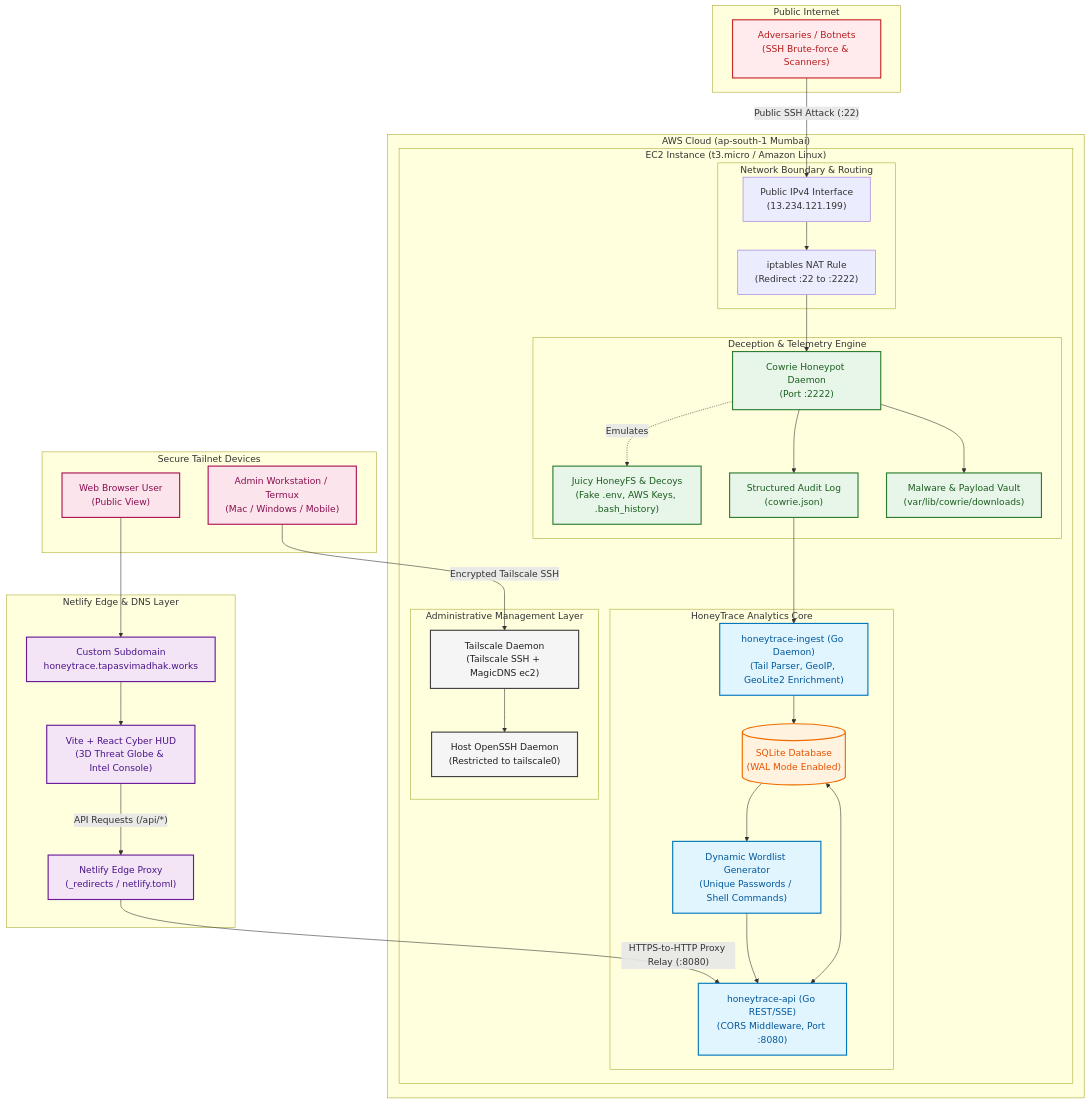
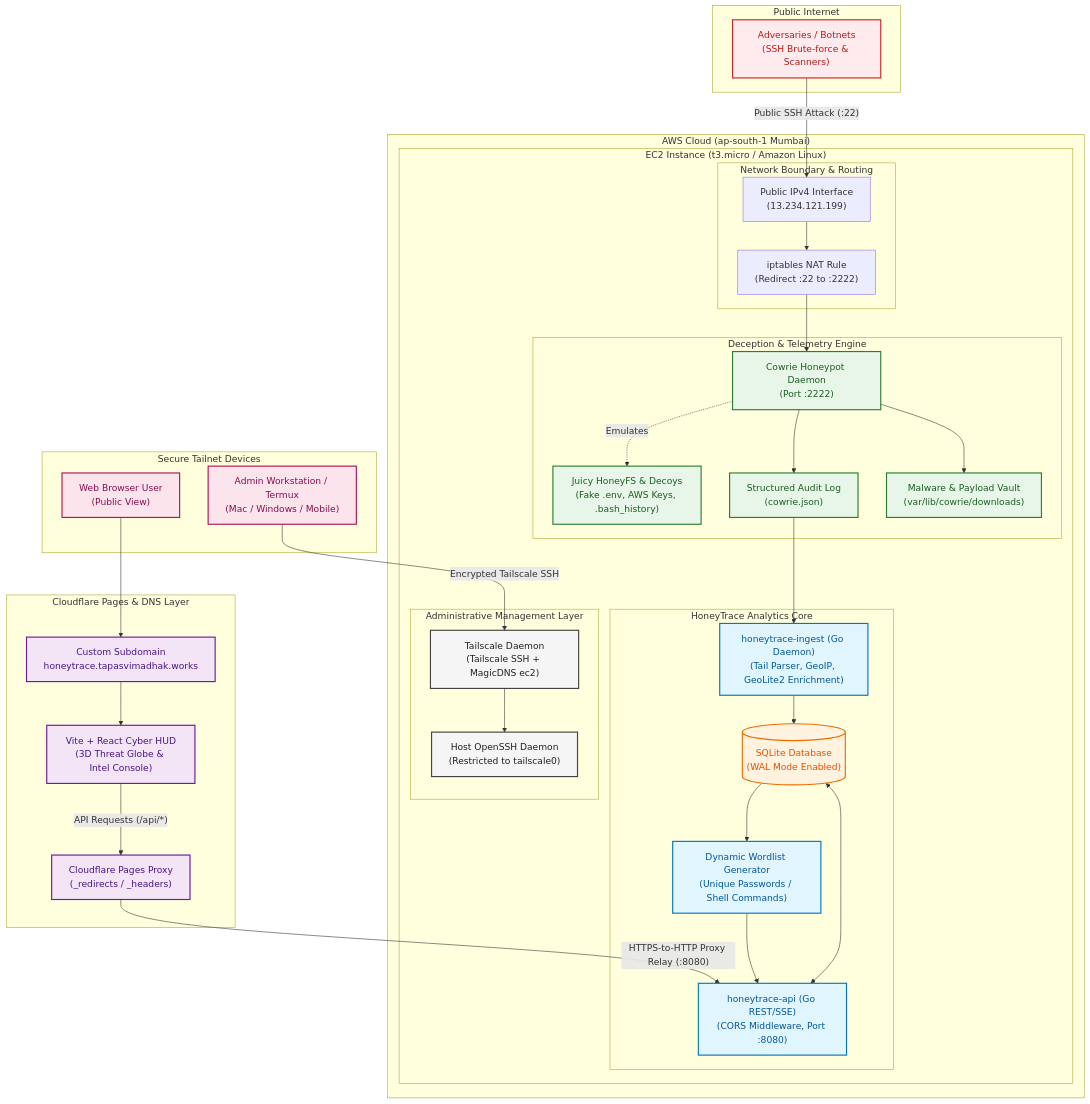
Before and after one commit to TapasviMadhak/HoneyTrace: the diagram in docs/ARCHITECTURE.md, drawn with Mermaid. The commit also changed other lines of this file and 5 other files, not shown here.

First line of the commit message:
chore(deploy): migrate from Netlify to Cloudflare Pages for unlimited free builds and bandwidth

```diff
--- a/docs/ARCHITECTURE.md
+++ b/docs/ARCHITECTURE.md
@@ -13,10 +13,10 @@
  subgraph WAN["Public Internet"]
         A["Adversaries / Botnets<br>(SSH Brute-force &amp; Scanners)"]
   end
- subgraph NETLIFY["Netlify Edge & DNS Layer"]
+ subgraph CF_PAGES["Cloudflare Pages &amp; DNS Layer"]
         DNS["Custom Subdomain<br>honeytrace.tapasvimadhak.works"]
         SPA["Vite + React Cyber HUD<br>(3D Threat Globe &amp; Intel Console)"]
-        PROXY["Netlify Edge Proxy<br>(_redirects / netlify.toml)"]
+        PROXY["Cloudflare Pages Proxy<br>(_redirects / _headers)"]
   end
  subgraph INGRESS["Network Boundary &amp; Routing"]
         PUB_IP["Public IPv4 Interface<br>(13.234.121.199)"]
```
